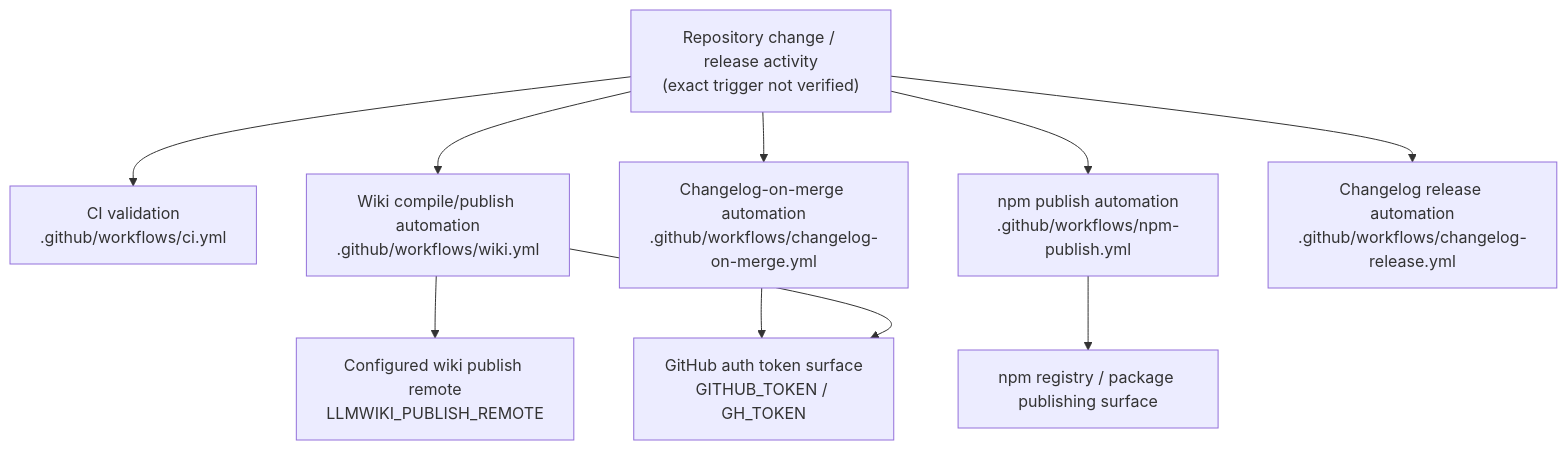
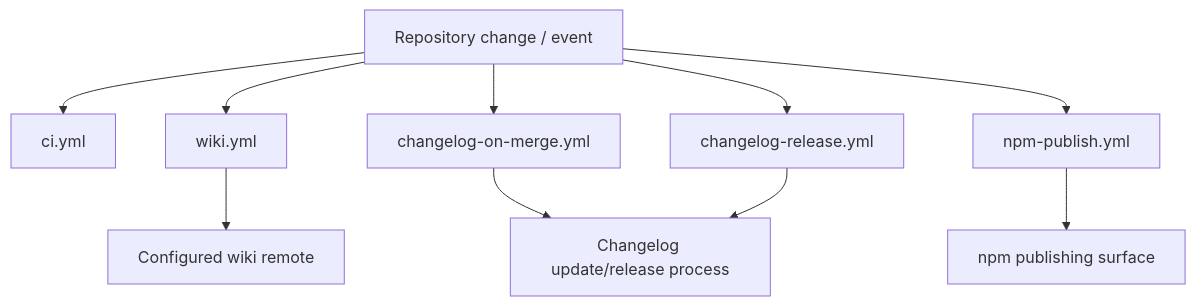
Before and after one commit to mfittko/repo-wiki: the fourth of 4 diagrams in Architecture.md, drawn with Mermaid. The commit also changed other lines of this file and 49 other files, not shown here.

Commit message:
Compile repository wiki 2026-06-13T21:30:36.825Z

````diff
--- a/Architecture.md
+++ b/Architecture.md
@@ -311,25 +248,20 @@
 ```mermaid
 flowchart TB
-  RepoChange["Repository change / release activity<br/>(exact trigger not verified)"]
+  Change["Repository change / event"]
+  CI["ci.yml"]
+  Wiki["wiki.yml"]
+  ChangelogMerge["changelog-on-merge.yml"]
+  ChangelogRelease["changelog-release.yml"]
+  NpmPublish["npm-publish.yml"]
 
-  CI["CI validation<br/>.github/workflows/ci.yml"]
-  Wiki["Wiki compile/publish automation<br/>.github/workflows/wiki.yml"]
-  Npm["npm publish automation<br/>.github/workflows/npm-publish.yml"]
-  ChangelogMerge["Changelog-on-merge automation<br/>.github/workflows/changelog-on-merge.yml"]
-  ChangelogRelease["Changelog release automation<br/>.github/workflows/changelog-release.yml"]
+  Change --> CI
+  Change --> Wiki
+  Change --> ChangelogMerge
+  Change --> ChangelogRelease
+  Change --> NpmPublish
 
-  WikiRemote["Configured wiki publish remote<br/>LLMWIKI_PUBLISH_REMOTE"]
-  NpmRegistry["npm registry / package publishing surface"]
-  GitHubAuth["GitHub auth token surface<br/>GITHUB_TOKEN / GH_TOKEN"]
-
-  RepoChange --> CI
-  RepoChange --> Wiki
-  RepoChange --> Npm
-  RepoChange --> ChangelogMerge
-  RepoChange --> ChangelogRelease
-
-  Wiki --> WikiRemote
-  Npm --> NpmRegistry
-  ChangelogMerge --> GitHubAuth
-  Wiki --> GitHubAuth
+  Wiki --> WikiRemote["Configured wiki remote"]
+  ChangelogMerge --> ChangelogState["Changelog update/release process"]
+  ChangelogRelease --> ChangelogState
+  NpmPublish --> NpmRegistry["npm publishing surface"]
 ```
````
